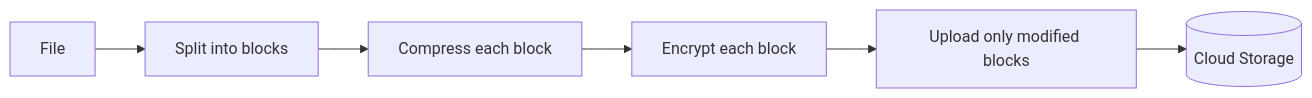
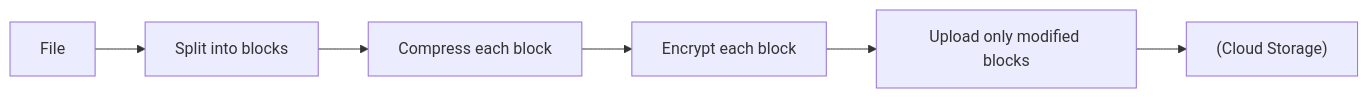
Before and after one commit to pankajThakur1874/studysheet: the second of 3 diagrams in files/Book-System-Design-Vol-1/15-design-google-drive.md, drawn with Mermaid. The commit also changed other lines of this file and 102 other files, not shown here.

Commit message:
Auto-fix Mermaid diagram syntax across all study guides to prevent Syntax Error in Mermaid v10

````diff
--- a/files/Book-System-Design-Vol-1/15-design-google-drive.md
+++ b/files/Book-System-Design-Vol-1/15-design-google-drive.md
@@ -94,8 +94,8 @@
 ```mermaid
 flowchart LR
     F[File] --> Split[Split into blocks]
     Split --> Comp[Compress each block]
     Comp --> Enc[Encrypt each block]
     Enc --> Up[Upload only modified blocks]
-    Up --> CS[(Cloud Storage)]
+    Up --> CS["(Cloud Storage)"]
 ```
````
